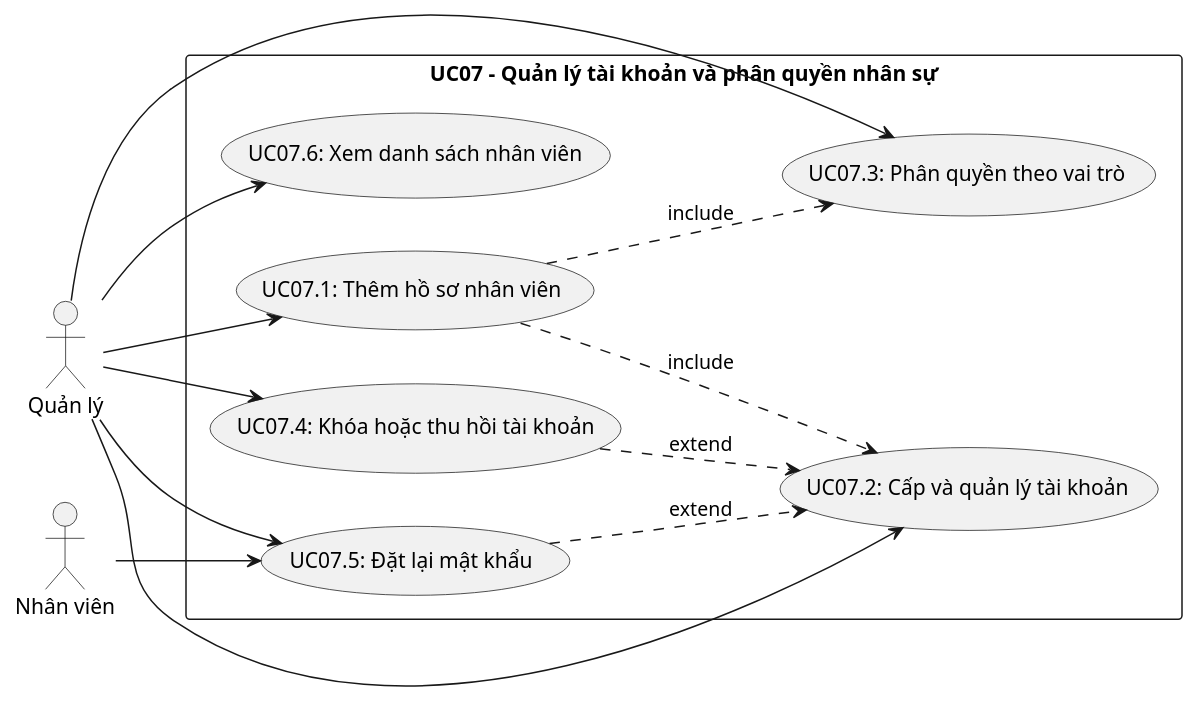
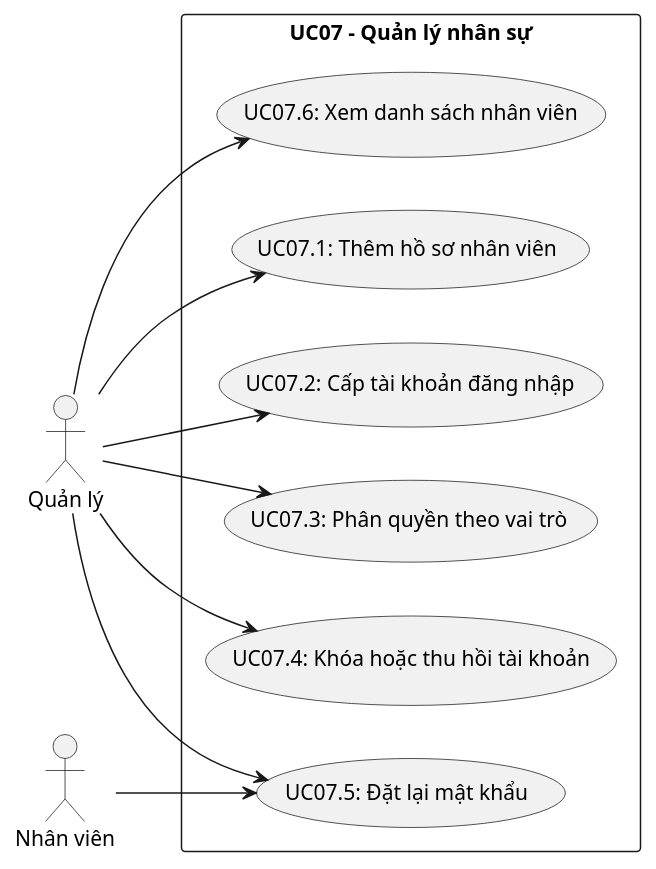
One commit to Elkayee/doc-automation-suite changed the first of 2 diagrams in chapters/Ch09_CHƯƠNG_7_NGHIÊN_CỨU_CHUYÊN_SÂU_—_USE_CA.md. Above: the diagram before and after it, drawn with PlantUML. The commit also changed other lines of this file and 1 other file, not shown here.

````diff
--- a/chapters/Ch09_CHƯƠNG_7_NGHIÊN_CỨU_CHUYÊN_SÂU_—_USE_CA.md
+++ b/chapters/Ch09_CHƯƠNG_7_NGHIÊN_CỨU_CHUYÊN_SÂU_—_USE_CA.md
@@ -11,29 +9,24 @@
 ```plantuml
 @startuml
 left to right direction
 actor "Quản lý" as Manager
 actor "Nhân viên" as Employee
 
-rectangle "UC07 - Quản lý tài khoản và phân quyền nhân sự" {
+rectangle "UC07 - Quản lý nhân sự" {
   usecase "UC07.1: Thêm hồ sơ nhân viên" as UC071
-  usecase "UC07.2: Cấp và quản lý tài khoản" as UC072
+  usecase "UC07.2: Cấp tài khoản đăng nhập" as UC072
   usecase "UC07.3: Phân quyền theo vai trò" as UC073
   usecase "UC07.4: Khóa hoặc thu hồi tài khoản" as UC074
   usecase "UC07.5: Đặt lại mật khẩu" as UC075
   usecase "UC07.6: Xem danh sách nhân viên" as UC076
 }
 
 Manager --> UC071
 Manager --> UC072
 Manager --> UC073
 Manager --> UC074
 Manager --> UC075
 Manager --> UC076
 Employee --> UC075
-
-UC071 ..> UC072 : include
-UC071 ..> UC073 : include
-UC074 ..> UC072 : extend
-UC075 ..> UC072 : extend
 @enduml
 ```
````
